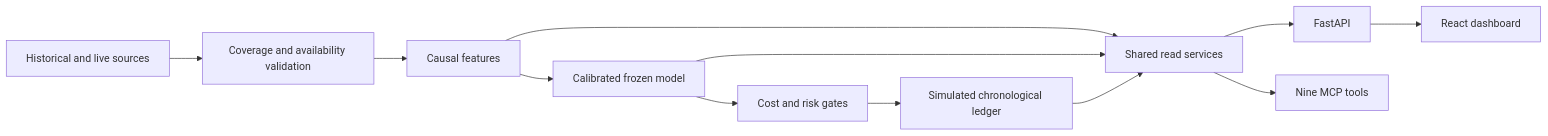
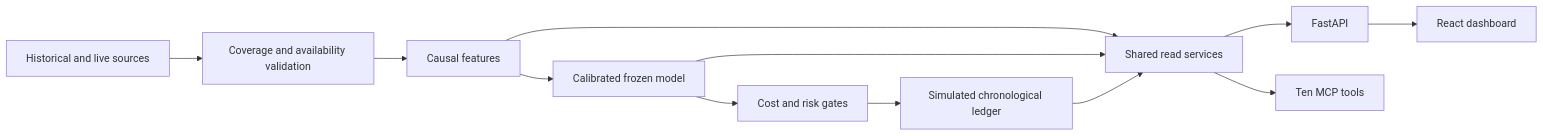
One commit to Jaideep27/Qunat-Pilot-BTC changed the diagram in README.md. Above: the diagram before and after it, drawn with Mermaid. The commit also changed other lines of this file and 7 other files, not shown here.

````diff
--- a/README.md
+++ b/README.md
@@ -94,14 +96,14 @@
 ```mermaid
 flowchart LR
     Sources[Historical and live sources] --> Audit[Coverage and availability validation]
     Audit --> Features[Causal features]
     Features --> Model[Calibrated frozen model]
     Model --> Risk[Cost and risk gates]
     Risk --> Ledger[Simulated chronological ledger]
     Features --> Services[Shared read services]
     Model --> Services
     Ledger --> Services
     Services --> API[FastAPI]
-    Services --> MCP[Nine MCP tools]
+    Services --> MCP[Ten MCP tools]
     API --> UI[React dashboard]
 ```
````
